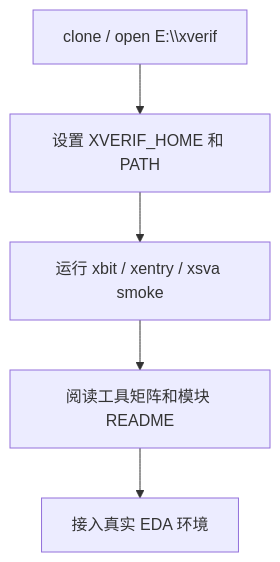
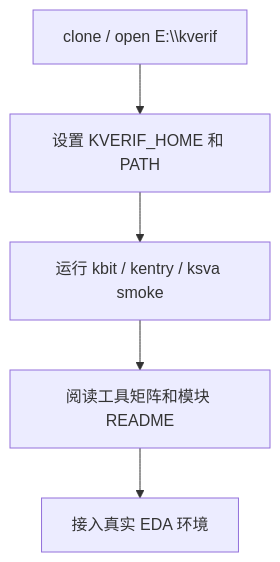
Before and after one commit to ysyx-22040210-yudian/xverif: the fourth of 6 diagrams in README.md, drawn with Mermaid. The commit also changed other lines of this file and 2243 other files, not shown here.

````diff
--- a/README.md
+++ b/README.md
@@ -1827,7 +1829,7 @@
 ```mermaid
 flowchart TD
-    A["clone / open E:\\xverif"] --> B["设置 XVERIF_HOME 和 PATH"]
-    B --> C["运行 xbit / xentry / xsva smoke"]
+    A["clone / open E:\\kverif"] --> B["设置 KVERIF_HOME 和 PATH"]
+    B --> C["运行 kbit / kentry / ksva smoke"]
     C --> D["阅读工具矩阵和模块 README"]
     D --> E["接入真实 EDA 环境"]
 ```
````
